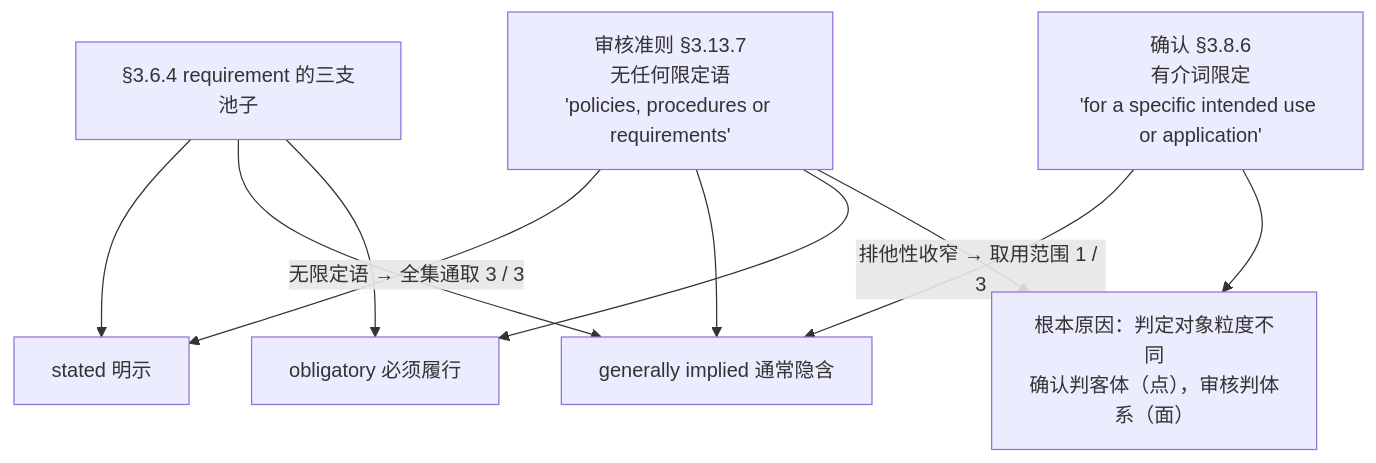
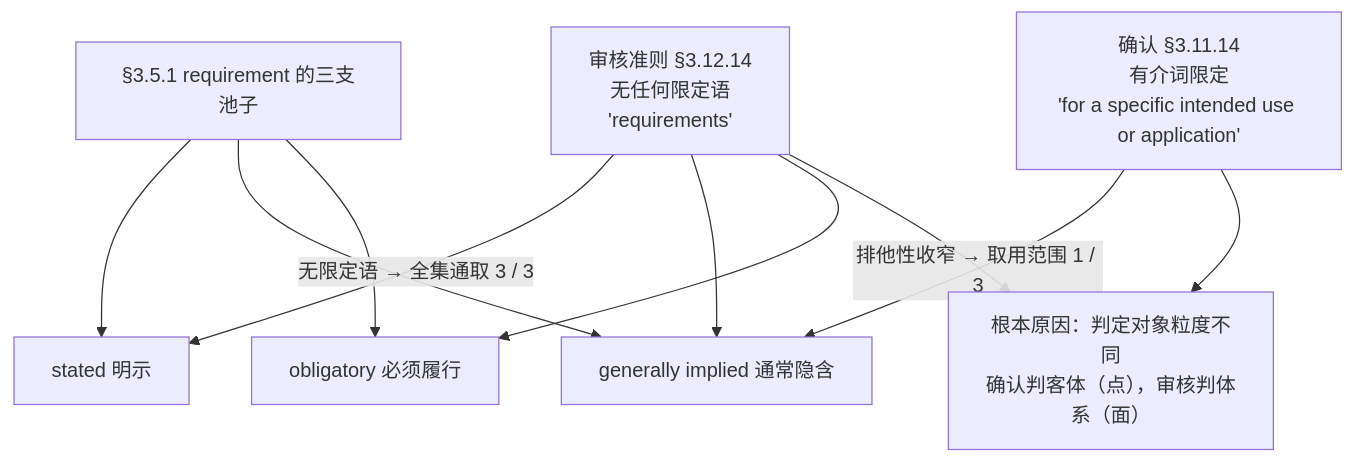
Before and after one commit to Yongjunzhou/AOS-system-design: the seventh of 14 diagrams in 100-subprojects/01-系统工程研究/00-系统工程相关研究报告/23-判据体系研究报告-从验证确认到治理的判据阶梯.md, drawn with Mermaid. The commit also changed other lines of this file and 38 other files, not shown here.

````diff
--- a/100-subprojects/01-系统工程研究/00-系统工程相关研究报告/23-判据体系研究报告-从验证确认到治理的判据阶梯.md
+++ b/100-subprojects/01-系统工程研究/00-系统工程相关研究报告/23-判据体系研究报告-从验证确认到治理的判据阶梯.md
@@ -503,18 +547,18 @@
 ```mermaid
 flowchart TD
-    POOL["§3.6.4 requirement 的三支池子"]
+    POOL["§3.5.1 requirement 的三支池子"]
     POOL --> S["stated 明示"]
     POOL --> I["generally implied 通常隐含"]
     POOL --> O["obligatory 必须履行"]
 
-    L["确认 §3.8.6<br/>有介词限定<br/>'for a specific intended use or application'"]
-    R["审核准则 §3.13.7<br/>无任何限定语<br/>'policies, procedures or requirements'"]
+    L["确认 §3.11.14<br/>有介词限定<br/>'for a specific intended use or application'"]
+    R["审核准则 §3.12.14<br/>无任何限定语<br/>'requirements'"]
 
     L -->|"排他性收窄 → 取用范围 1 / 3"| I
     R -->|"无限定语 → 全集通取 3 / 3"| S
     R --> I
     R --> O
 
     L --> WHY["根本原因：判定对象粒度不同<br/>确认判客体（点），审核判体系（面）"]
     R --> WHY
 ```
````
